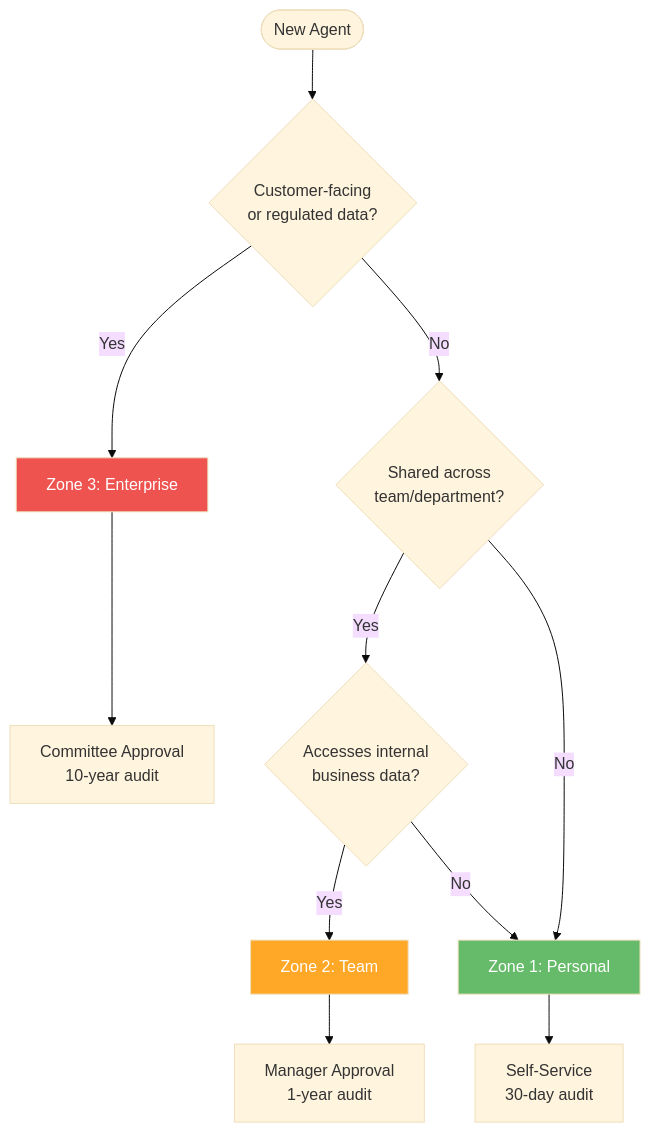
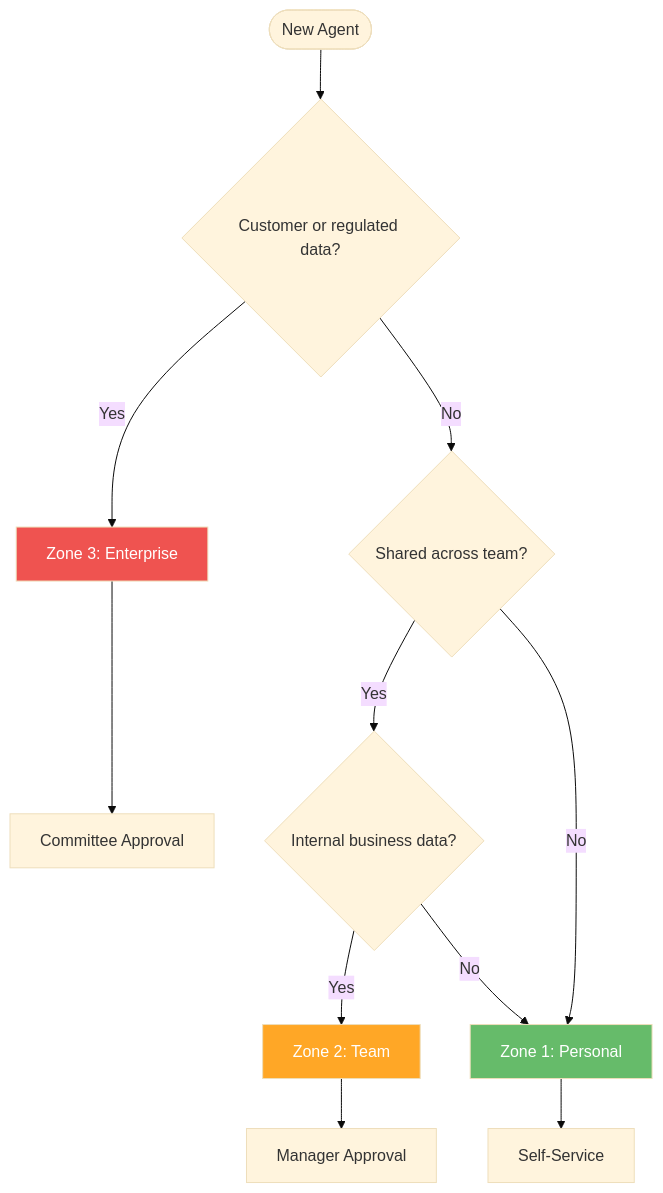
The second of 3 diagrams in docs/getting-started/zones.md (judeper/FSI-AgentGov), drawn with Mermaid (base theme) before and after one commit. The commit also changed other lines of this file and 17 other files, not shown here.

````diff
--- a/docs/getting-started/zones.md
+++ b/docs/getting-started/zones.md
@@ -367,18 +367,18 @@
 ```mermaid
 flowchart TD
-    Start([New Agent]) --> Q1{Customer-facing<br/>or regulated data?}
+    Start([New Agent]) --> Q1{Customer or regulated data?}
     Q1 -->|Yes| Z3[Zone 3: Enterprise]
-    Q1 -->|No| Q2{Shared across<br/>team/department?}
-    Q2 -->|Yes| Q3{Accesses internal<br/>business data?}
+    Q1 -->|No| Q2{Shared across team?}
+    Q2 -->|Yes| Q3{Internal business data?}
     Q2 -->|No| Z1[Zone 1: Personal]
     Q3 -->|Yes| Z2[Zone 2: Team]
     Q3 -->|No| Z1
 
-    Z1 --> A1[Self-Service<br/>30-day audit]
-    Z2 --> A2[Manager Approval<br/>1-year audit]
-    Z3 --> A3[Committee Approval<br/>10-year audit]
+    Z1 --> A1[Self-Service]
+    Z2 --> A2[Manager Approval]
+    Z3 --> A3[Committee Approval]
 
     style Z1 fill:#66BB6A,color:#fff
     style Z2 fill:#FFA726,color:#fff
     style Z3 fill:#EF5350,color:#fff
 ```
````
